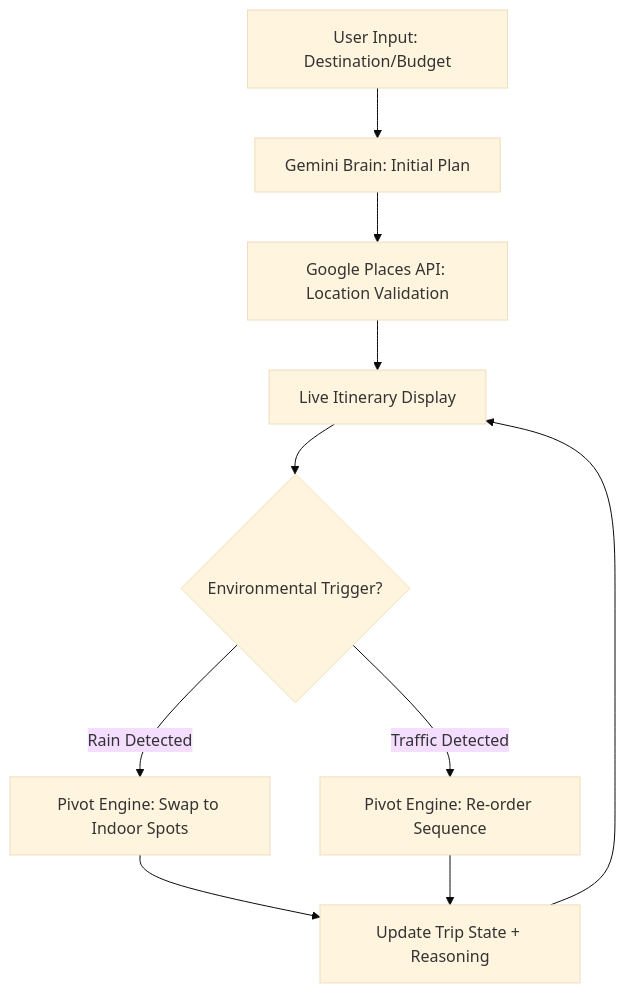
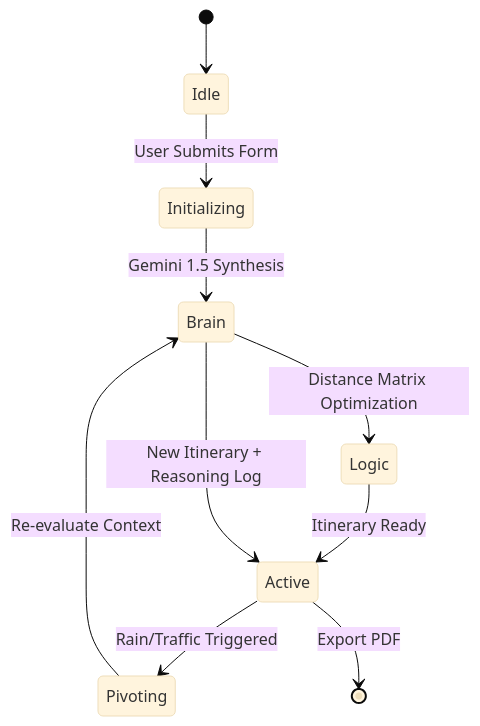
Before and after one commit to SpvDedipya/trailproj1: the diagram in README.md, drawn with Mermaid (base theme). The commit also changed other lines of this file and 6 other files, not shown here.

````diff
--- a/README.md
+++ b/README.md
@@ -9,12 +14,14 @@
 ```mermaid
-graph TD
-    A[User Input: Destination/Budget] --> B[Gemini Brain: Initial Plan]
-    B --> C[Google Places API: Location Validation]
-    C --> D[Live Itinerary Display]
-    D --> E{Environmental Trigger?}
-    E -- Rain Detected --> F[Pivot Engine: Swap to Indoor Spots]
-    E -- Traffic Detected --> G[Pivot Engine: Re-order Sequence]
-    F --> H[Update Trip State + Reasoning]
-    G --> H
-    H --> D
+stateDiagram-v2
+    [*] --> Idle
+    Idle --> Initializing: User Submits Form
+    Initializing --> Brain: Gemini 1.5 Synthesis
+    Brain --> Logic: Distance Matrix Optimization
+    Logic --> Active: Itinerary Ready
+    
+    Active --> Pivoting: Rain/Traffic Triggered
+    Pivoting --> Brain: Re-evaluate Context
+    Brain --> Active: New Itinerary + Reasoning Log
+    
+    Active --> [*]: Export PDF
 ```
````
